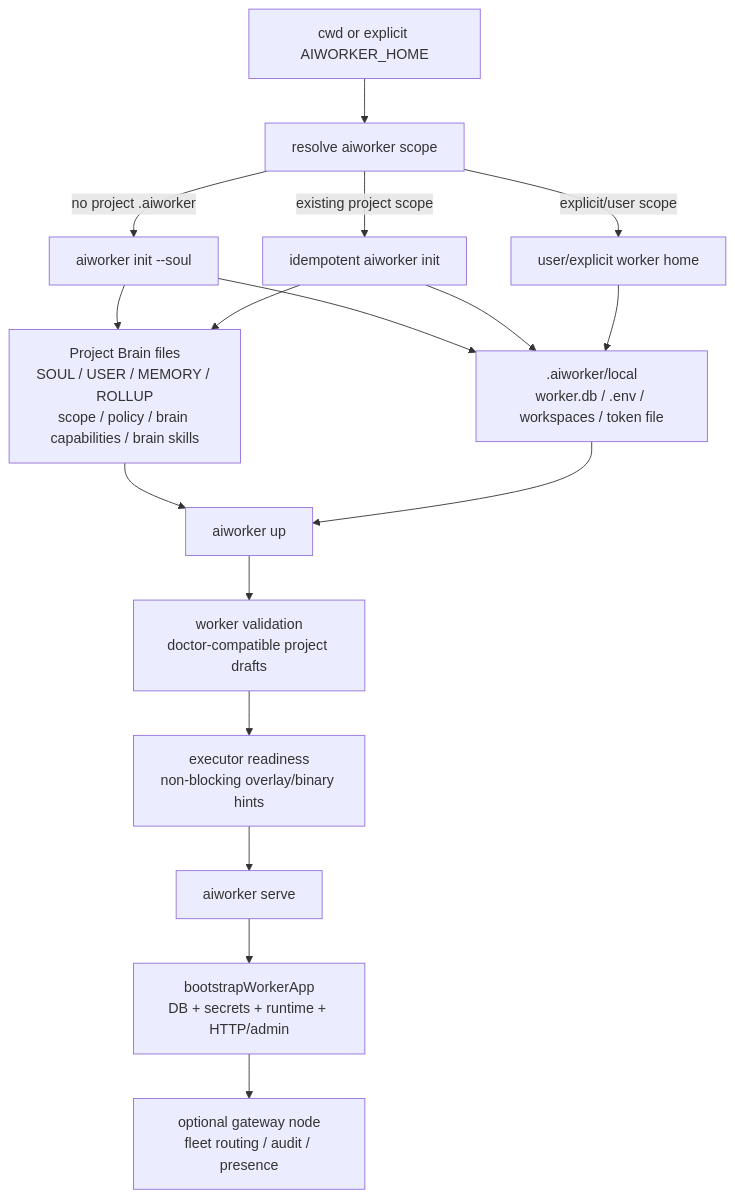
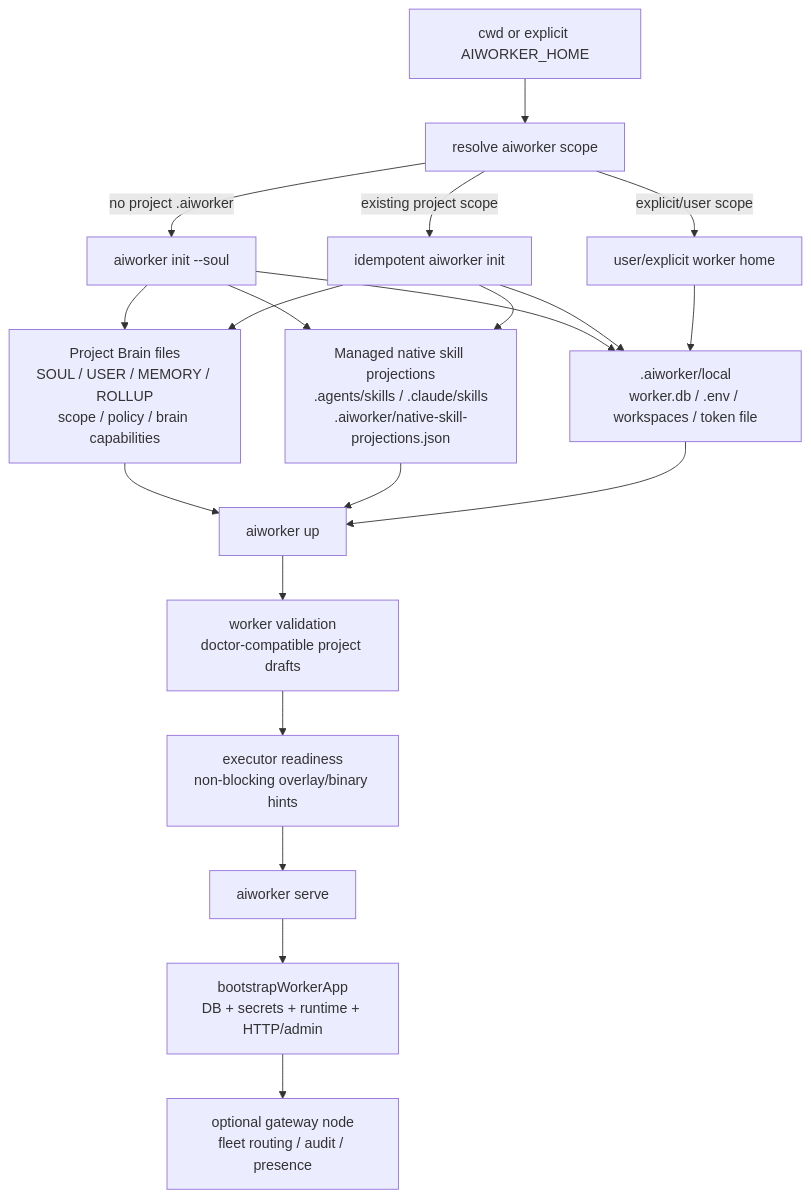
The first of 4 diagrams in docs/architecture.md (ZonEaseTech/aiworker), drawn with Mermaid before and after one commit. The commit also changed other lines of this file and 32 other files, not shown here.

Commit message:
feat: 完善 native skill 投影生命周期

````diff
--- a/docs/architecture.md
+++ b/docs/architecture.md
@@ -56,21 +56,24 @@
 ```mermaid
 flowchart TD
   Start["cwd or explicit AIWORKER_HOME"] --> Resolve["resolve aiworker scope"]
   Resolve -->|"no project .aiworker"| InitNew["aiworker init --soul <id>"]
   Resolve -->|"existing project scope"| InitExisting["idempotent aiworker init"]
   Resolve -->|"explicit/user scope"| UserScope["user/explicit worker home"]
 
-  InitNew --> BrainFiles["Project Brain files<br/>SOUL / USER / MEMORY / ROLLUP<br/>scope / policy / brain capabilities / brain skills"]
+  InitNew --> BrainFiles["Project Brain files<br/>SOUL / USER / MEMORY / ROLLUP<br/>scope / policy / brain capabilities"]
+  InitNew --> NativeSkills["Managed native skill projections<br/>.agents/skills / .claude/skills<br/>.aiworker/native-skill-projections.json"]
   InitExisting --> BrainFiles
+  InitExisting --> NativeSkills
   InitNew --> LocalState[".aiworker/local<br/>worker.db / .env / workspaces / token file"]
   InitExisting --> LocalState
   UserScope --> LocalState
 
   BrainFiles --> Up["aiworker up"]
+  NativeSkills --> Up
   LocalState --> Up
   Up --> Validate["worker validation<br/>doctor-compatible project drafts"]
   Validate --> Readiness["executor readiness<br/>non-blocking overlay/binary hints"]
   Readiness --> Serve["aiworker serve"]
   Serve --> Runtime["bootstrapWorkerApp<br/>DB + secrets + runtime + HTTP/admin"]
   Runtime --> Gateway["optional gateway node<br/>fleet routing / audit / presence"]
 ```
````
